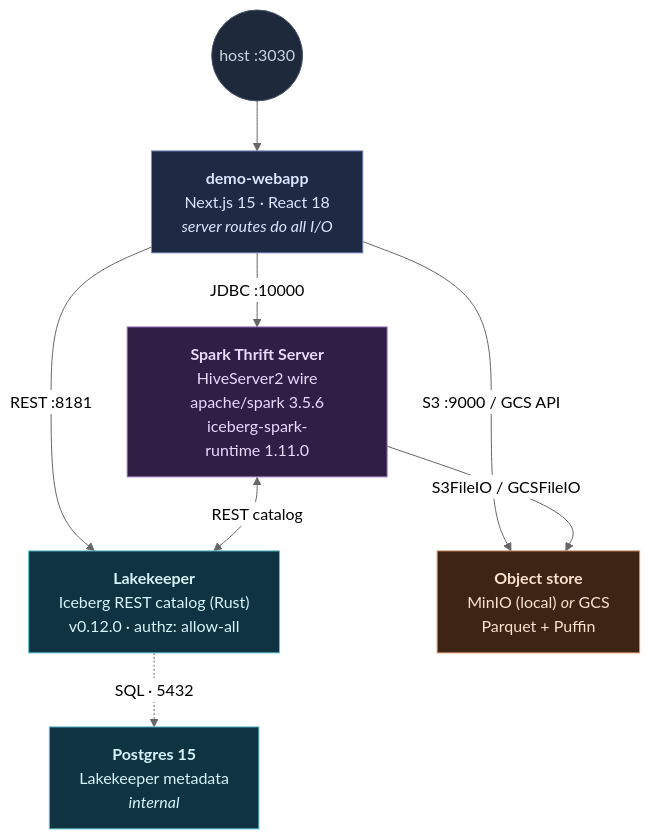
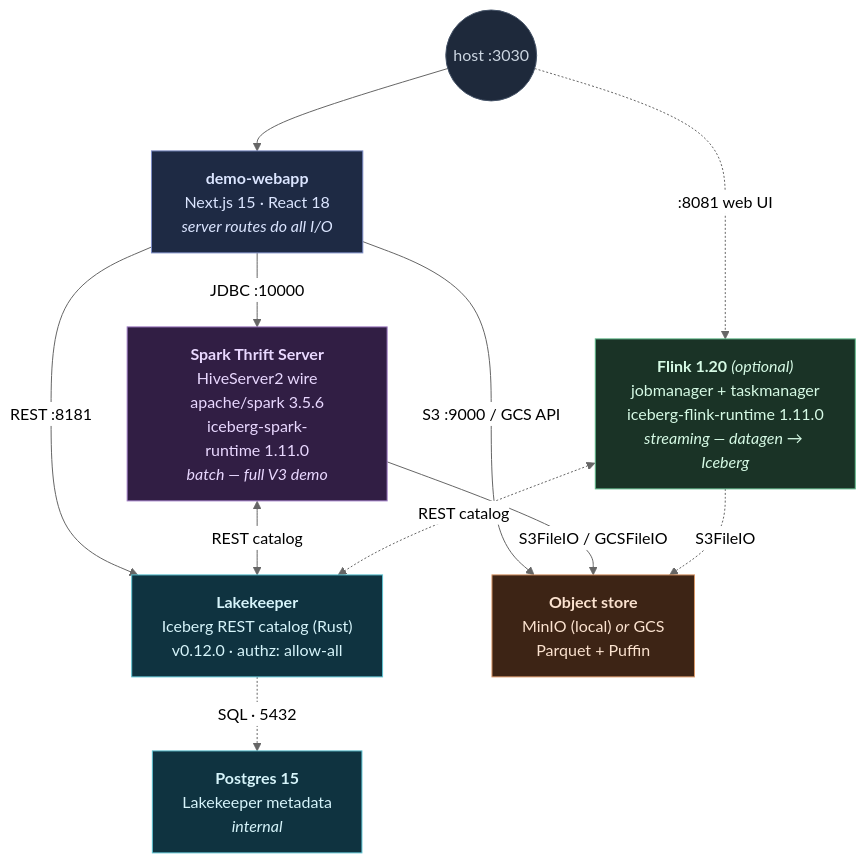
One commit to Vadoid/open-lakehouse-demo changed the diagram in README.md. Above: the diagram before and after it, drawn with Mermaid (neutral theme). The commit also changed other lines of this file and 7 other files, not shown here.

````diff
--- a/README.md
+++ b/README.md
@@ -18,28 +18,34 @@
 ```mermaid
 flowchart TB
     user(("host&nbsp;:3030"))
     web["<b>demo-webapp</b><br/>Next.js&nbsp;15 · React&nbsp;18<br/><i>server routes do all I/O</i>"]
-    spark["<b>Spark&nbsp;Thrift&nbsp;Server</b><br/>HiveServer2&nbsp;wire<br/>apache/spark&nbsp;3.5.6<br/>iceberg-spark-runtime&nbsp;1.11.0"]
+    spark["<b>Spark&nbsp;Thrift&nbsp;Server</b><br/>HiveServer2&nbsp;wire<br/>apache/spark&nbsp;3.5.6<br/>iceberg-spark-runtime&nbsp;1.11.0<br/><i>batch — full V3 demo</i>"]
+    flink["<b>Flink&nbsp;1.20</b> <i>(optional)</i><br/>jobmanager + taskmanager<br/>iceberg-flink-runtime&nbsp;1.11.0<br/><i>streaming — datagen → Iceberg</i>"]
     lk["<b>Lakekeeper</b><br/>Iceberg&nbsp;REST&nbsp;catalog (Rust)<br/>v0.12.0 · authz: allow-all"]
     minio["<b>Object store</b><br/>MinIO (local) <i>or</i> GCS<br/>Parquet + Puffin"]
     pg["<b>Postgres&nbsp;15</b><br/>Lakekeeper metadata<br/><i>internal</i>"]
 
     user --> web
+    user -. ":8081 web UI" .-> flink
     web -- "JDBC :10000" --> spark
     web -- "REST :8181" --> lk
     web -- "S3 :9000 / GCS API" --> minio
     spark <-- "REST catalog" --> lk
+    flink <-. "REST catalog" .-> lk
     lk -. "SQL · 5432" .-> pg
     spark -- "S3FileIO / GCSFileIO" --> minio
+    flink -. "S3FileIO" .-> minio
 
     classDef web fill:#1e2a44,stroke:#7c8cc6,color:#dbe5ff
     classDef compute fill:#311e44,stroke:#a17ec6,color:#e9d8ff
     classDef catalog fill:#0f3340,stroke:#5fc4d3,color:#d6f4fa
     classDef storage fill:#3d2415,stroke:#d99868,color:#fbe2cf
     classDef hostnode fill:#1e293b,stroke:#475569,color:#cbd5e1
+    classDef optional fill:#1a3326,stroke:#5fb98a,color:#d6fae5
     class user hostnode
     class web web
     class spark compute
+    class flink optional
     class lk,pg catalog
     class minio storage
 ```
````
